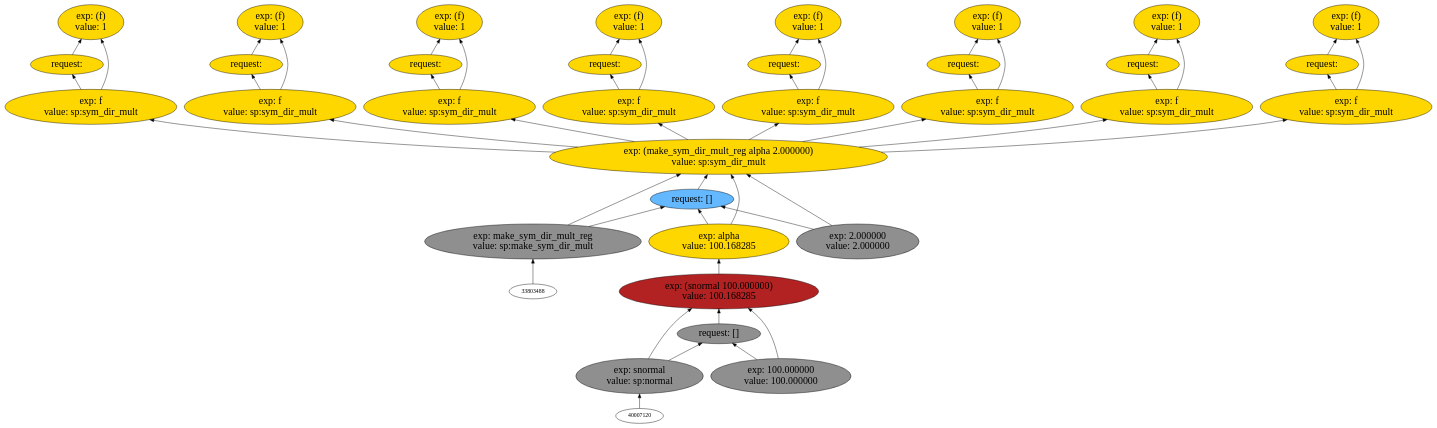
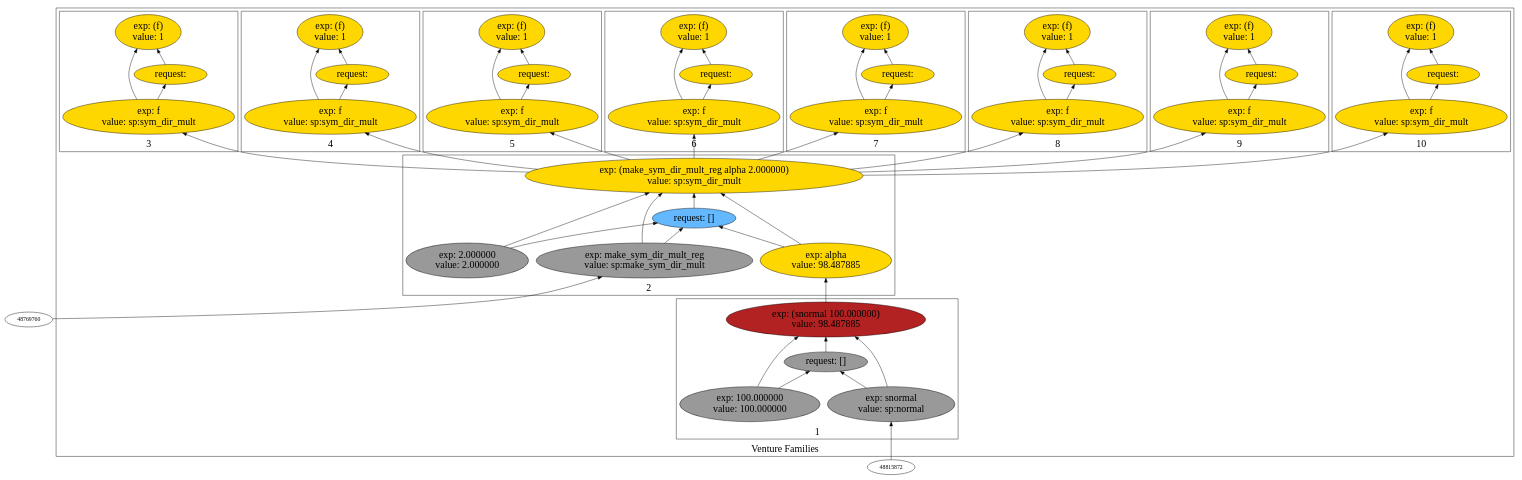
Before and after one commit to probcomp/Venturecxx: the diagram in backend/cxx/pdf_graphs/aaa_basic_no_aaa/dot5.dot, drawn with Graphviz. The commit also changed 464 other files, not shown here.

Commit message:
Pretty good draft of schematics.

```diff
--- a/backend/cxx/pdf_graphs/aaa_basic_no_aaa/dot5.dot
+++ b/backend/cxx/pdf_graphs/aaa_basic_no_aaa/dot5.dot
@@ -1,129 +1,129 @@
 digraph {
 rankdir=BT
 fontsize=24
-subgraph clster1 {
+subgraph cluster1 {
 label="Venture Families"
-subgraph clster2 {
+subgraph cluster2 {
 label="1"
-"40205024"["fillcolor"="firebrick" "fontsize"="24" "label"="exp: (snormal 100.000000)\nvalue: 100.168285" "shape"="ellipse" "style"="filled" ]
-"42197520"["fillcolor"="grey56" "fontsize"="24" "label"="request: []" "shape"="ellipse" "style"="filled" ]
-"41061168"["fillcolor"="grey56" "fontsize"="24" "label"="exp: snormal\nvalue: sp:normal" "shape"="ellipse" "style"="filled" ]
-"41098912"["fillcolor"="grey56" "fontsize"="24" "label"="exp: 100.000000\nvalue: 100.000000" "shape"="ellipse" "style"="filled" ]
+"53080768"["fillcolor"="firebrick" "fontsize"="24" "label"="exp: (snormal 100.000000)\nvalue: 98.487885" "shape"="ellipse" "style"="filled" ]
+"48783584"["fillcolor"="grey60" "fontsize"="24" "label"="request: []" "shape"="ellipse" "style"="filled" ]
+"54608032"["fillcolor"="grey60" "fontsize"="24" "label"="exp: snormal\nvalue: sp:normal" "shape"="ellipse" "style"="filled" ]
+"55036928"["fillcolor"="grey60" "fontsize"="24" "label"="exp: 100.000000\nvalue: 100.000000" "shape"="ellipse" "style"="filled" ]
 }
 
-subgraph clster3 {
+subgraph cluster3 {
 label="2"
-"41549760"["fillcolor"="gold" "fontsize"="24" "label"="exp: (make_sym_dir_mult_reg alpha 2.000000)\nvalue: sp:sym_dir_mult" "shape"="ellipse" "style"="filled" ]
-"41465184"["fillcolor"="steelblue1" "fontsize"="24" "label"="request: []" "shape"="ellipse" "style"="filled" ]
-"41774576"["fillcolor"="grey56" "fontsize"="24" "label"="exp: make_sym_dir_mult_reg\nvalue: sp:make_sym_dir_mult" "shape"="ellipse" "style"="filled" ]
-"41836096"["fillcolor"="gold" "fontsize"="24" "label"="exp: alpha\nvalue: 100.168285" "shape"="ellipse" "style"="filled" ]
-"40388224"["fillcolor"="grey56" "fontsize"="24" "label"="exp: 2.000000\nvalue: 2.000000" "shape"="ellipse" "style"="filled" ]
+"60205760"["fillcolor"="gold" "fontsize"="24" "label"="exp: (make_sym_dir_mult_reg alpha 2.000000)\nvalue: sp:sym_dir_mult" "shape"="ellipse" "style"="filled" ]
+"53085776"["fillcolor"="steelblue1" "fontsize"="24" "label"="request: []" "shape"="ellipse" "style"="filled" ]
+"57853120"["fillcolor"="grey60" "fontsize"="24" "label"="exp: make_sym_dir_mult_reg\nvalue: sp:make_sym_dir_mult" "shape"="ellipse" "style"="filled" ]
+"60248128"["fillcolor"="gold" "fontsize"="24" "label"="exp: alpha\nvalue: 98.487885" "shape"="ellipse" "style"="filled" ]
+"60085760"["fillcolor"="grey60" "fontsize"="24" "label"="exp: 2.000000\nvalue: 2.000000" "shape"="ellipse" "style"="filled" ]
 }
 
-subgraph clster4 {
+subgraph cluster4 {
 label="3"
-"40381008"["fillcolor"="gold" "fontsize"="24" "label"="exp: (f)\nvalue: 1" "shape"="ellipse" "style"="filled" ]
-"42550800"["fillcolor"="gold" "fontsize"="24" "label"="request: " "shape"="ellipse" "style"="filled" ]
-"40549008"["fillcolor"="gold" "fontsize"="24" "label"="exp: f\nvalue: sp:sym_dir_mult" "shape"="ellipse" "style"="filled" ]
+"52404240"["fillcolor"="gold" "fontsize"="24" "label"="exp: (f)\nvalue: 1" "shape"="ellipse" "style"="filled" ]
+"53296304"["fillcolor"="gold" "fontsize"="24" "label"="request: " "shape"="ellipse" "style"="filled" ]
+"55107072"["fillcolor"="gold" "fontsize"="24" "label"="exp: f\nvalue: sp:sym_dir_mult" "shape"="ellipse" "style"="filled" ]
 }
 
-subgraph clster5 {
+subgraph cluster5 {
 label="4"
-"40282176"["fillcolor"="gold" "fontsize"="24" "label"="exp: (f)\nvalue: 1" "shape"="ellipse" "style"="filled" ]
-"40513184"["fillcolor"="gold" "fontsize"="24" "label"="request: " "shape"="ellipse" "style"="filled" ]
-"42308928"["fillcolor"="gold" "fontsize"="24" "label"="exp: f\nvalue: sp:sym_dir_mult" "shape"="ellipse" "style"="filled" ]
+"58183536"["fillcolor"="gold" "fontsize"="24" "label"="exp: (f)\nvalue: 1" "shape"="ellipse" "style"="filled" ]
+"55978896"["fillcolor"="gold" "fontsize"="24" "label"="request: " "shape"="ellipse" "style"="filled" ]
+"60741728"["fillcolor"="gold" "fontsize"="24" "label"="exp: f\nvalue: sp:sym_dir_mult" "shape"="ellipse" "style"="filled" ]
 }
 
-subgraph clster6 {
+subgraph cluster6 {
 label="5"
-"40316704"["fillcolor"="gold" "fontsize"="24" "label"="exp: (f)\nvalue: 1" "shape"="ellipse" "style"="filled" ]
-"40115920"["fillcolor"="gold" "fontsize"="24" "label"="request: " "shape"="ellipse" "style"="filled" ]
-"40200048"["fillcolor"="gold" "fontsize"="24" "label"="exp: f\nvalue: sp:sym_dir_mult" "shape"="ellipse" "style"="filled" ]
+"58744208"["fillcolor"="gold" "fontsize"="24" "label"="exp: (f)\nvalue: 1" "shape"="ellipse" "style"="filled" ]
+"59858240"["fillcolor"="gold" "fontsize"="24" "label"="request: " "shape"="ellipse" "style"="filled" ]
+"60897472"["fillcolor"="gold" "fontsize"="24" "label"="exp: f\nvalue: sp:sym_dir_mult" "shape"="ellipse" "style"="filled" ]
 }
 
-subgraph clster7 {
+subgraph cluster7 {
 label="6"
-"40363568"["fillcolor"="gold" "fontsize"="24" "label"="exp: (f)\nvalue: 1" "shape"="ellipse" "style"="filled" ]
-"42528656"["fillcolor"="gold" "fontsize"="24" "label"="request: " "shape"="ellipse" "style"="filled" ]
-"40816272"["fillcolor"="gold" "fontsize"="24" "label"="exp: f\nvalue: sp:sym_dir_mult" "shape"="ellipse" "style"="filled" ]
+"58663296"["fillcolor"="gold" "fontsize"="24" "label"="exp: (f)\nvalue: 1" "shape"="ellipse" "style"="filled" ]
+"57654320"["fillcolor"="gold" "fontsize"="24" "label"="request: " "shape"="ellipse" "style"="filled" ]
+"58664400"["fillcolor"="gold" "fontsize"="24" "label"="exp: f\nvalue: sp:sym_dir_mult" "shape"="ellipse" "style"="filled" ]
 }
 
-subgraph clster8 {
+subgraph cluster8 {
 label="7"
-"40873696"["fillcolor"="gold" "fontsize"="24" "label"="exp: (f)\nvalue: 1" "shape"="ellipse" "style"="filled" ]
-"40087920"["fillcolor"="gold" "fontsize"="24" "label"="request: " "shape"="ellipse" "style"="filled" ]
-"40909872"["fillcolor"="gold" "fontsize"="24" "label"="exp: f\nvalue: sp:sym_dir_mult" "shape"="ellipse" "style"="filled" ]
+"60176752"["fillcolor"="gold" "fontsize"="24" "label"="exp: (f)\nvalue: 1" "shape"="ellipse" "style"="filled" ]
+"58668400"["fillcolor"="gold" "fontsize"="24" "label"="request: " "shape"="ellipse" "style"="filled" ]
+"57764016"["fillcolor"="gold" "fontsize"="24" "label"="exp: f\nvalue: sp:sym_dir_mult" "shape"="ellipse" "style"="filled" ]
 }
 
-subgraph clster9 {
+subgraph cluster9 {
 label="8"
-"40961072"["fillcolor"="gold" "fontsize"="24" "label"="exp: (f)\nvalue: 1" "shape"="ellipse" "style"="filled" ]
-"40550896"["fillcolor"="gold" "fontsize"="24" "label"="request: " "shape"="ellipse" "style"="filled" ]
-"40997248"["fillcolor"="gold" "fontsize"="24" "label"="exp: f\nvalue: sp:sym_dir_mult" "shape"="ellipse" "style"="filled" ]
+"58793328"["fillcolor"="gold" "fontsize"="24" "label"="exp: (f)\nvalue: 1" "shape"="ellipse" "style"="filled" ]
+"57964800"["fillcolor"="gold" "fontsize"="24" "label"="request: " "shape"="ellipse" "style"="filled" ]
+"59782368"["fillcolor"="gold" "fontsize"="24" "label"="exp: f\nvalue: sp:sym_dir_mult" "shape"="ellipse" "style"="filled" ]
 }
 
-subgraph clster10 {
+subgraph cluster10 {
 label="9"
-"42537792"["fillcolor"="gold" "fontsize"="24" "label"="exp: (f)\nvalue: 1" "shape"="ellipse" "style"="filled" ]
-"42555136"["fillcolor"="gold" "fontsize"="24" "label"="request: " "shape"="ellipse" "style"="filled" ]
-"41048448"["fillcolor"="gold" "fontsize"="24" "label"="exp: f\nvalue: sp:sym_dir_mult" "shape"="ellipse" "style"="filled" ]
+"59028128"["fillcolor"="gold" "fontsize"="24" "label"="exp: (f)\nvalue: 1" "shape"="ellipse" "style"="filled" ]
+"51454176"["fillcolor"="gold" "fontsize"="24" "label"="request: " "shape"="ellipse" "style"="filled" ]
+"59783488"["fillcolor"="gold" "fontsize"="24" "label"="exp: f\nvalue: sp:sym_dir_mult" "shape"="ellipse" "style"="filled" ]
 }
 
-subgraph clster11 {
+subgraph cluster11 {
 label="10"
-"41122368"["fillcolor"="gold" "fontsize"="24" "label"="exp: (f)\nvalue: 1" "shape"="ellipse" "style"="filled" ]
-"41084624"["fillcolor"="gold" "fontsize"="24" "label"="request: " "shape"="ellipse" "style"="filled" ]
-"41160112"["fillcolor"="gold" "fontsize"="24" "label"="exp: f\nvalue: sp:sym_dir_mult" "shape"="ellipse" "style"="filled" ]
+"58027760"["fillcolor"="gold" "fontsize"="24" "label"="exp: (f)\nvalue: 1" "shape"="ellipse" "style"="filled" ]
+"58804256"["fillcolor"="gold" "fontsize"="24" "label"="request: " "shape"="ellipse" "style"="filled" ]
+"57736016"["fillcolor"="gold" "fontsize"="24" "label"="exp: f\nvalue: sp:sym_dir_mult" "shape"="ellipse" "style"="filled" ]
 }
 
 }
 
-"41061168" -> "40205024"["arrowhead"="normal" "color"="black" "constraint"="true" "style"="solid" ]
-"41061168" -> "42197520"["arrowhead"="normal" "color"="black" "constraint"="true" "style"="solid" ]
-"40007120" -> "41061168"["arrowhead"="normal" "color"="black" "constraint"="true" "style"="solid" ]
-"41098912" -> "40205024"["arrowhead"="normal" "color"="black" "constraint"="true" "style"="solid" ]
-"41098912" -> "42197520"["arrowhead"="normal" "color"="black" "constraint"="true" "style"="solid" ]
-"42197520" -> "40205024"["arrowhead"="normal" "color"="black" "constraint"="true" "style"="solid" ]
-"42308928" -> "40282176"["arrowhead"="normal" "color"="black" "constraint"="true" "style"="solid" ]
-"42308928" -> "40513184"["arrowhead"="normal" "color"="black" "constraint"="true" "style"="solid" ]
-"41549760" -> "42308928"["arrowhead"="normal" "color"="black" "constraint"="true" "style"="solid" ]
-"40513184" -> "40282176"["arrowhead"="normal" "color"="black" "constraint"="true" "style"="solid" ]
-"40200048" -> "40316704"["arrowhead"="normal" "color"="black" "constraint"="true" "style"="solid" ]
-"40200048" -> "40115920"["arrowhead"="normal" "color"="black" "constraint"="true" "style"="solid" ]
-"41549760" -> "40200048"["arrowhead"="normal" "color"="black" "constraint"="true" "style"="solid" ]
-"40115920" -> "40316704"["arrowhead"="normal" "color"="black" "constraint"="true" "style"="solid" ]
-"40816272" -> "40363568"["arrowhead"="normal" "color"="black" "constraint"="true" "style"="solid" ]
-"40816272" -> "42528656"["arrowhead"="normal" "color"="black" "constraint"="true" "style"="solid" ]
-"41549760" -> "40816272"["arrowhead"="normal" "color"="black" "constraint"="true" "style"="solid" ]
-"42528656" -> "40363568"["arrowhead"="normal" "color"="black" "constraint"="true" "style"="solid" ]
-"40549008" -> "40381008"["arrowhead"="normal" "color"="black" "constraint"="true" "style"="solid" ]
-"40549008" -> "42550800"["arrowhead"="normal" "color"="black" "constraint"="true" "style"="solid" ]
-"41549760" -> "40549008"["arrowhead"="normal" "color"="black" "constraint"="true" "style"="solid" ]
-"42550800" -> "40381008"["arrowhead"="normal" "color"="black" "constraint"="true" "style"="solid" ]
-"40909872" -> "40873696"["arrowhead"="normal" "color"="black" "constraint"="true" "style"="solid" ]
-"40909872" -> "40087920"["arrowhead"="normal" "color"="black" "constraint"="true" "style"="solid" ]
-"41549760" -> "40909872"["arrowhead"="normal" "color"="black" "constraint"="true" "style"="solid" ]
-"40087920" -> "40873696"["arrowhead"="normal" "color"="black" "constraint"="true" "style"="solid" ]
-"40997248" -> "40961072"["arrowhead"="normal" "color"="black" "constraint"="true" "style"="solid" ]
-"40997248" -> "40550896"["arrowhead"="normal" "color"="black" "constraint"="true" "style"="solid" ]
-"41549760" -> "40997248"["arrowhead"="normal" "color"="black" "constraint"="true" "style"="solid" ]
-"40550896" -> "40961072"["arrowhead"="normal" "color"="black" "constraint"="true" "style"="solid" ]
-"41160112" -> "41122368"["arrowhead"="normal" "color"="black" "constraint"="true" "style"="solid" ]
-"41160112" -> "41084624"["arrowhead"="normal" "color"="black" "constraint"="true" "style"="solid" ]
-"41549760" -> "41160112"["arrowhead"="normal" "color"="black" "constraint"="true" "style"="solid" ]
-"41084624" -> "41122368"["arrowhead"="normal" "color"="black" "constraint"="true" "style"="solid" ]
-"41774576" -> "41549760"["arrowhead"="normal" "color"="black" "constraint"="true" "style"="solid" ]
-"41774576" -> "41465184"["arrowhead"="normal" "color"="black" "constraint"="true" "style"="solid" ]
-"33803488" -> "41774576"["arrowhead"="normal" "color"="black" "constraint"="true" "style"="solid" ]
-"41836096" -> "41549760"["arrowhead"="normal" "color"="black" "constraint"="true" "style"="solid" ]
-"41836096" -> "41465184"["arrowhead"="normal" "color"="black" "constraint"="true" "style"="solid" ]
-"40205024" -> "41836096"["arrowhead"="normal" "color"="black" "constraint"="true" "style"="solid" ]
-"40388224" -> "41549760"["arrowhead"="normal" "color"="black" "constraint"="true" "style"="solid" ]
-"40388224" -> "41465184"["arrowhead"="normal" "color"="black" "constraint"="true" "style"="solid" ]
-"41465184" -> "41549760"["arrowhead"="normal" "color"="black" "constraint"="true" "style"="solid" ]
-"41048448" -> "42537792"["arrowhead"="normal" "color"="black" "constraint"="true" "style"="solid" ]
-"41048448" -> "42555136"["arrowhead"="normal" "color"="black" "constraint"="true" "style"="solid" ]
-"41549760" -> "41048448"["arrowhead"="normal" "color"="black" "constraint"="true" "style"="solid" ]
-"42555136" -> "42537792"["arrowhead"="normal" "color"="black" "constraint"="true" "style"="solid" ]
+"55107072" -> "52404240"["arrowhead"="normal" "color"="black" "constraint"="true" "style"="solid" ]
+"55107072" -> "53296304"["arrowhead"="normal" "color"="black" "constraint"="true" "style"="solid" ]
+"60205760" -> "55107072"["arrowhead"="normal" "color"="black" "constraint"="true" "style"="solid" ]
+"53296304" -> "52404240"["arrowhead"="normal" "color"="black" "constraint"="true" "style"="solid" ]
+"54608032" -> "53080768"["arrowhead"="normal" "color"="black" "constraint"="true" "style"="solid" ]
+"54608032" -> "48783584"["arrowhead"="normal" "color"="black" "constraint"="true" "style"="solid" ]
+"48815872" -> "54608032"["arrowhead"="normal" "color"="black" "constraint"="true" "style"="solid" ]
+"55036928" -> "53080768"["arrowhead"="normal" "color"="black" "constraint"="true" "style"="solid" ]
+"55036928" -> "48783584"["arrowhead"="normal" "color"="black" "constraint"="true" "style"="solid" ]
+"48783584" -> "53080768"["arrowhead"="normal" "color"="black" "constraint"="true" "style"="solid" ]
+"57736016" -> "58027760"["arrowhead"="normal" "color"="black" "constraint"="true" "style"="solid" ]
+"57736016" -> "58804256"["arrowhead"="normal" "color"="black" "constraint"="true" "style"="solid" ]
+"60205760" -> "57736016"["arrowhead"="normal" "color"="black" "constraint"="true" "style"="solid" ]
+"58804256" -> "58027760"["arrowhead"="normal" "color"="black" "constraint"="true" "style"="solid" ]
+"60741728" -> "58183536"["arrowhead"="normal" "color"="black" "constraint"="true" "style"="solid" ]
+"60741728" -> "55978896"["arrowhead"="normal" "color"="black" "constraint"="true" "style"="solid" ]
+"60205760" -> "60741728"["arrowhead"="normal" "color"="black" "constraint"="true" "style"="solid" ]
+"55978896" -> "58183536"["arrowhead"="normal" "color"="black" "constraint"="true" "style"="solid" ]
+"58664400" -> "58663296"["arrowhead"="normal" "color"="black" "constraint"="true" "style"="solid" ]
+"58664400" -> "57654320"["arrowhead"="normal" "color"="black" "constraint"="true" "style"="solid" ]
+"60205760" -> "58664400"["arrowhead"="normal" "color"="black" "constraint"="true" "style"="solid" ]
+"57654320" -> "58663296"["arrowhead"="normal" "color"="black" "constraint"="true" "style"="solid" ]
+"60897472" -> "58744208"["arrowhead"="normal" "color"="black" "constraint"="true" "style"="solid" ]
+"60897472" -> "59858240"["arrowhead"="normal" "color"="black" "constraint"="true" "style"="solid" ]
+"60205760" -> "60897472"["arrowhead"="normal" "color"="black" "constraint"="true" "style"="solid" ]
+"59858240" -> "58744208"["arrowhead"="normal" "color"="black" "constraint"="true" "style"="solid" ]
+"59782368" -> "58793328"["arrowhead"="normal" "color"="black" "constraint"="true" "style"="solid" ]
+"59782368" -> "57964800"["arrowhead"="normal" "color"="black" "constraint"="true" "style"="solid" ]
+"60205760" -> "59782368"["arrowhead"="normal" "color"="black" "constraint"="true" "style"="solid" ]
+"57964800" -> "58793328"["arrowhead"="normal" "color"="black" "constraint"="true" "style"="solid" ]
+"59783488" -> "59028128"["arrowhead"="normal" "color"="black" "constraint"="true" "style"="solid" ]
+"59783488" -> "51454176"["arrowhead"="normal" "color"="black" "constraint"="true" "style"="solid" ]
+"60205760" -> "59783488"["arrowhead"="normal" "color"="black" "constraint"="true" "style"="solid" ]
+"51454176" -> "59028128"["arrowhead"="normal" "color"="black" "constraint"="true" "style"="solid" ]
+"57764016" -> "60176752"["arrowhead"="normal" "color"="black" "constraint"="true" "style"="solid" ]
+"57764016" -> "58668400"["arrowhead"="normal" "color"="black" "constraint"="true" "style"="solid" ]
+"60205760" -> "57764016"["arrowhead"="normal" "color"="black" "constraint"="true" "style"="solid" ]
+"58668400" -> "60176752"["arrowhead"="normal" "color"="black" "constraint"="true" "style"="solid" ]
+"57853120" -> "60205760"["arrowhead"="normal" "color"="black" "constraint"="true" "style"="solid" ]
+"57853120" -> "53085776"["arrowhead"="normal" "color"="black" "constraint"="true" "style"="solid" ]
+"48769760" -> "57853120"["arrowhead"="normal" "color"="black" "constraint"="true" "style"="solid" ]
+"60248128" -> "60205760"["arrowhead"="normal" "color"="black" "constraint"="true" "style"="solid" ]
+"60248128" -> "53085776"["arrowhead"="normal" "color"="black" "constraint"="true" "style"="solid" ]
+"53080768" -> "60248128"["arrowhead"="normal" "color"="black" "constraint"="true" "style"="solid" ]
+"60085760" -> "60205760"["arrowhead"="normal" "color"="black" "constraint"="true" "style"="solid" ]
+"60085760" -> "53085776"["arrowhead"="normal" "color"="black" "constraint"="true" "style"="solid" ]
+"53085776" -> "60205760"["arrowhead"="normal" "color"="black" "constraint"="true" "style"="solid" ]
 
 }
```
